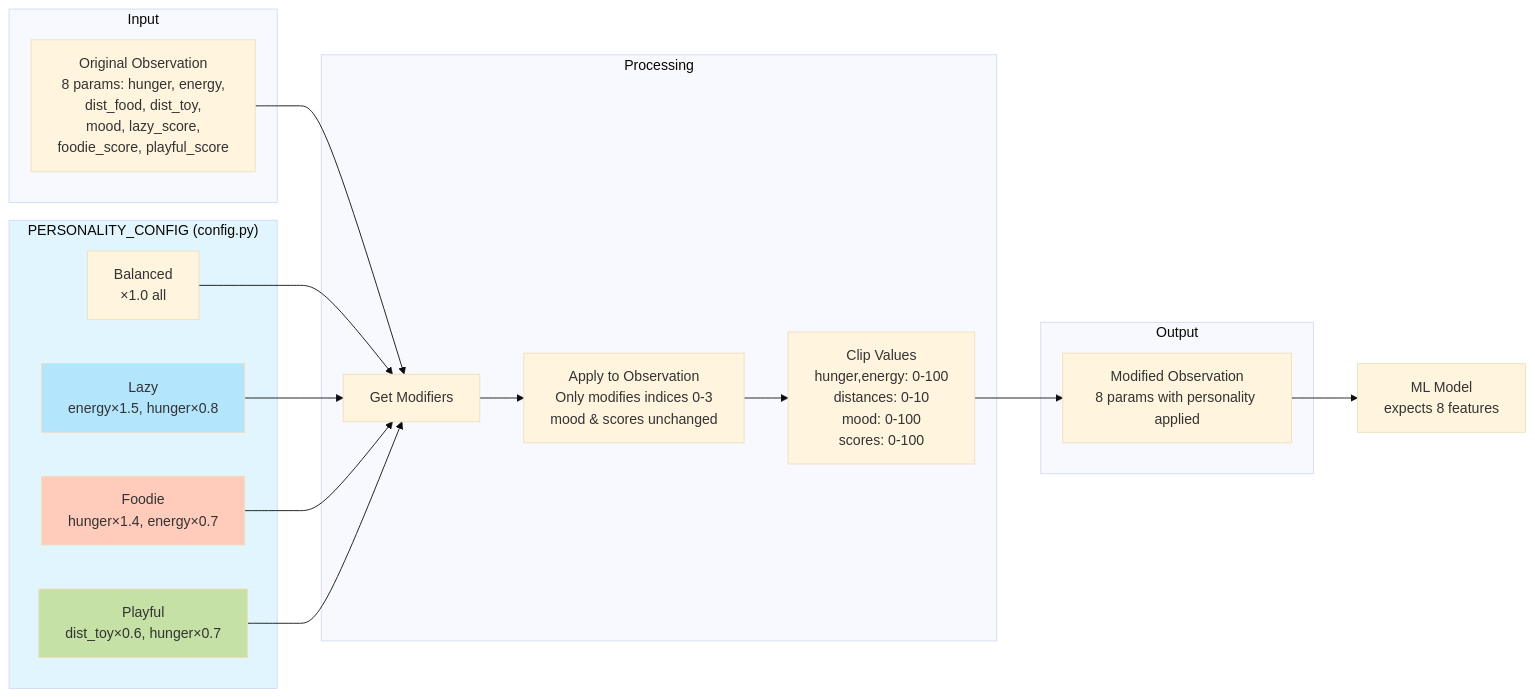
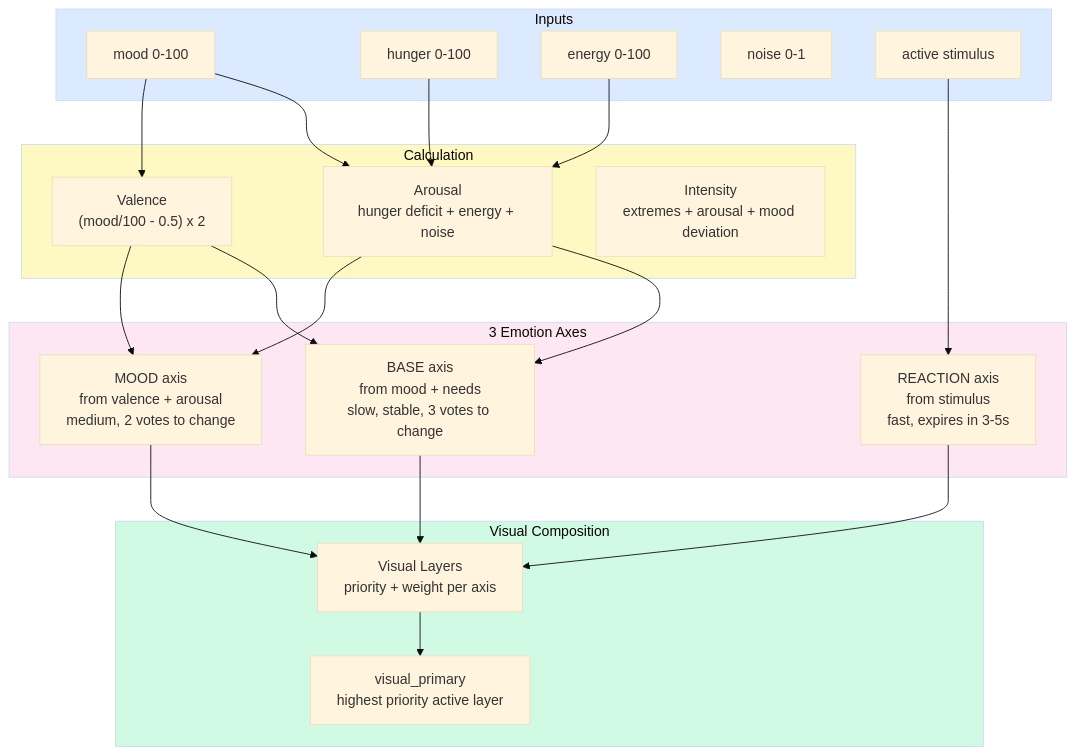
One commit to tantaneity/cat-brain-service changed the third of 6 diagrams in README.md. Above: the diagram before and after it, drawn with Mermaid (base theme). The commit also changed other lines of this file, not shown here.

Commit message:
docs(readme): update architecture diagrams to match actual codebase

````diff
--- a/README.md
+++ b/README.md
@@ -185,32 +138,39 @@
 ```mermaid
-graph LR
-    subgraph Input
-        OBS[Original Observation<br/>8 params: hunger, energy,<br/>dist_food, dist_toy,<br/>mood, lazy_score,<br/>foodie_score, playful_score]
+graph TD
+    subgraph Inputs
+        MOOD[mood 0-100]
+        HUNGER[hunger 0-100]
+        ENERGY[energy 0-100]
+        NOISE[noise 0-1]
+        STIMULUS[active stimulus]
     end
-    
-    subgraph Config["PERSONALITY_CONFIG (config.py)"]
-        BALANCED[Balanced<br/>×1.0 all]
-        LAZY[Lazy<br/>energy×1.5, hunger×0.8]
-        FOODIE[Foodie<br/>hunger×1.4, energy×0.7]
-        PLAYFUL[Playful<br/>dist_toy×0.6, hunger×0.7]
+
+    subgraph Calculation
+        AROUSAL[Arousal<br/>hunger deficit + energy + noise]
+        VALENCE["Valence<br/>(mood/100 - 0.5) x 2"]
+        INTENSITY[Intensity<br/>extremes + arousal + mood deviation]
     end
-    
-    subgraph Processing
-        GET[Get Modifiers] --> APPLY[Apply to Observation<br/>Only modifies indices 0-3<br/>mood & scores unchanged]
-        APPLY --> CLIP[Clip Values<br/>hunger,energy: 0-100<br/>distances: 0-10<br/>mood: 0-100<br/>scores: 0-100]
+
+    subgraph ThreeAxes["3 Emotion Axes"]
+        BASE[BASE axis<br/>from mood + needs<br/>slow, stable, 3 votes to change]
+        MOOD_AX[MOOD axis<br/>from valence + arousal<br/>medium, 2 votes to change]
+        REACT[REACTION axis<br/>from stimulus<br/>fast, expires in 3-5s]
     end
-    
-    subgraph Output
-        MODIFIED[Modified Observation<br/>8 params with personality applied]
+
+    subgraph Compose["Visual Composition"]
+        LAYERS[Visual Layers<br/>priority + weight per axis]
+        PRIMARY[visual_primary<br/>highest priority active layer]
     end
-    
-    OBS --> GET
-    BALANCED & LAZY & FOODIE & PLAYFUL --> GET
-    CLIP --> MODIFIED
-    MODIFIED --> MODEL[ML Model<br/>expects 8 features]
-    
-    style Config fill:#e1f5fe
-    style LAZY fill:#b3e5fc
-    style FOODIE fill:#ffccbc
-    style PLAYFUL fill:#c5e1a5
+
+    MOOD & HUNGER & ENERGY --> AROUSAL
+    MOOD --> VALENCE
+    AROUSAL & VALENCE --> BASE & MOOD_AX
+    STIMULUS --> REACT
+
+    BASE & MOOD_AX & REACT --> LAYERS --> PRIMARY
+
+    style Inputs fill:#dbeafe
+    style Calculation fill:#fef9c3
+    style ThreeAxes fill:#fce7f3
+    style Compose fill:#d1fae5
 ```
````
